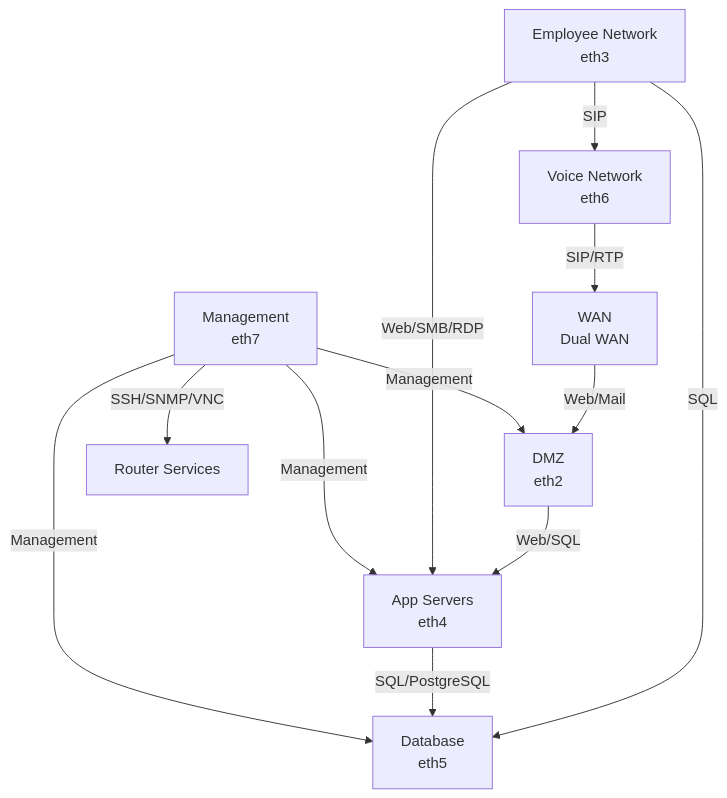
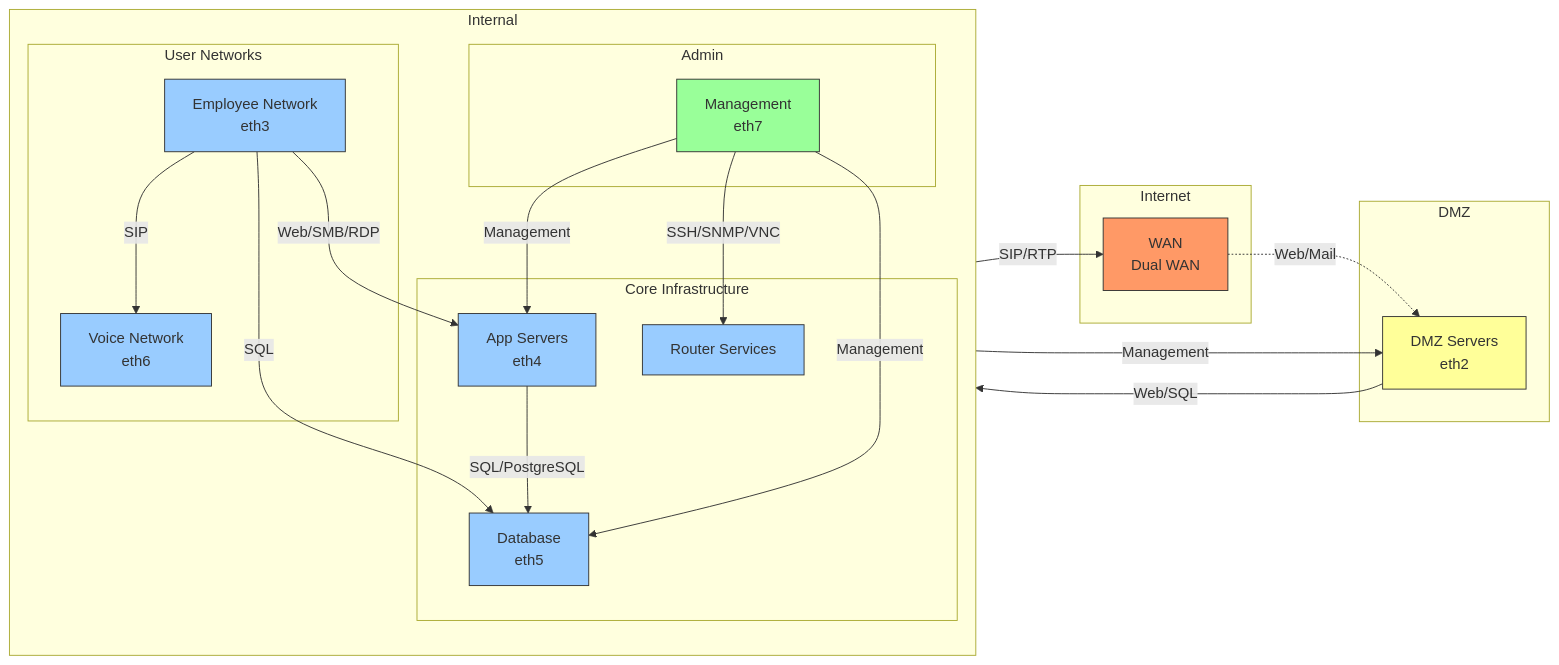
Before and after one commit to uppaljs/vyos-zbfw: the third of 3 diagrams in examples/README.md, drawn with Mermaid. The commit also changed other lines of this file, not shown here.

````diff
--- a/examples/README.md
+++ b/examples/README.md
@@ -100,23 +132,49 @@
 ```mermaid
-graph TD
-    WAN[WAN\nDual WAN]
-    DMZ[DMZ\neth2]
-    INTERNAL[Employee Network\neth3]
-    SERVERS[App Servers\neth4]
-    DB[Database\neth5]
-    VOIP[Voice Network\neth6]
-    MGMT[Management\neth7]
-    LOCAL[Router Services]
+flowchart LR
+    subgraph Internet
+        WAN[WAN\nDual WAN]
+    end
+    
+    subgraph DMZ
+        DMZS[DMZ Servers\neth2]
+    end
+    
+    subgraph Internal
+        direction TB
+        subgraph Core Infrastructure
+            LOCAL[Router Services]
+            SERVERS[App Servers\neth4]
+            DB[Database\neth5]
+        end
+        
+        subgraph User Networks
+            INTERNAL[Employee Network\neth3]
+            VOIP[Voice Network\neth6]
+        end
+        
+        subgraph Admin
+            MGMT[Management\neth7]
+        end
+    end
 
-    WAN --> |Web/Mail| DMZ
-    DMZ --> |Web/SQL| SERVERS
-    INTERNAL --> |Web/SMB/RDP| SERVERS
-    INTERNAL --> |SQL| DB
-    INTERNAL --> |SIP| VOIP
-    SERVERS --> |SQL/PostgreSQL| DB
-    VOIP --> |SIP/RTP| WAN
-    MGMT --> |SSH/SNMP/VNC| LOCAL
-    MGMT --> |Management| DMZ
-    MGMT --> |Management| SERVERS
-    MGMT --> |Management| DB
+    WAN -.->|Web/Mail| DMZS
+    DMZS -->|Web/SQL| SERVERS
+    INTERNAL -->|Web/SMB/RDP| SERVERS
+    INTERNAL -->|SQL| DB
+    INTERNAL -->|SIP| VOIP
+    SERVERS -->|SQL/PostgreSQL| DB
+    VOIP -->|SIP/RTP| WAN
+    MGMT -->|SSH/SNMP/VNC| LOCAL
+    MGMT -->|Management| DMZS
+    MGMT -->|Management| SERVERS
+    MGMT -->|Management| DB
+
+    classDef internet fill:#f96,stroke:#333
+    classDef dmz fill:#ff9,stroke:#333
+    classDef internal fill:#9cf,stroke:#333
+    classDef admin fill:#9f9,stroke:#333
+    class WAN internet
+    class DMZS dmz
+    class LOCAL,SERVERS,DB,INTERNAL,VOIP internal
+    class MGMT admin
 ```
````
